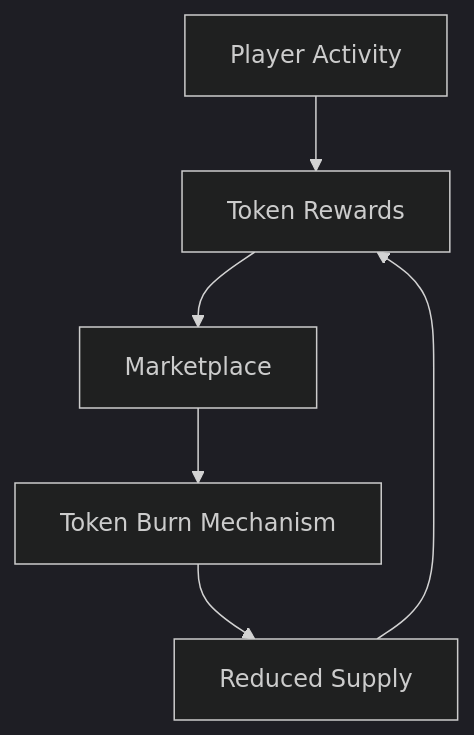
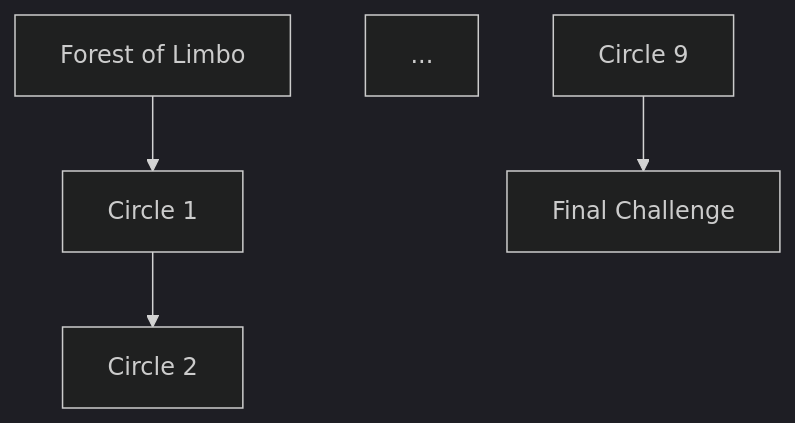
Before and after one commit to nadeemb53/circles-ink: the fourth of 7 diagrams in virality-framework-doc/README.md, drawn with Mermaid (dark theme). The commit also changed other lines of this file, not shown here.

````diff
--- a/virality-framework-doc/README.md
+++ b/virality-framework-doc/README.md
@@ -175,8 +255,7 @@
 ```mermaid
 graph TD
-    A[Player Activity] --> B[Token Rewards]
-    B --> C[Marketplace]
-    C --> D[Token Burn Mechanism]
-    D --> E[Reduced Supply]
-    E --> B
+    Start[Forest of Limbo] --> Circle1[Circle 1]
+    Circle1 --> Circle2[Circle 2]
+    ...
+    Circle9[Circle 9] --> Conclusion[Final Challenge]
 ```
````
